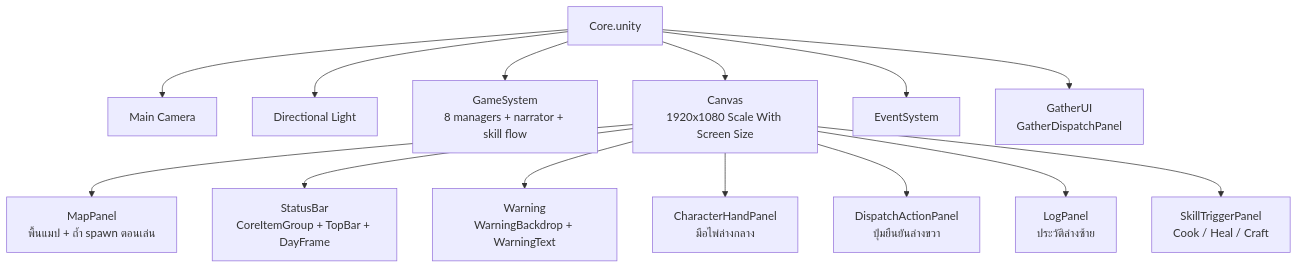
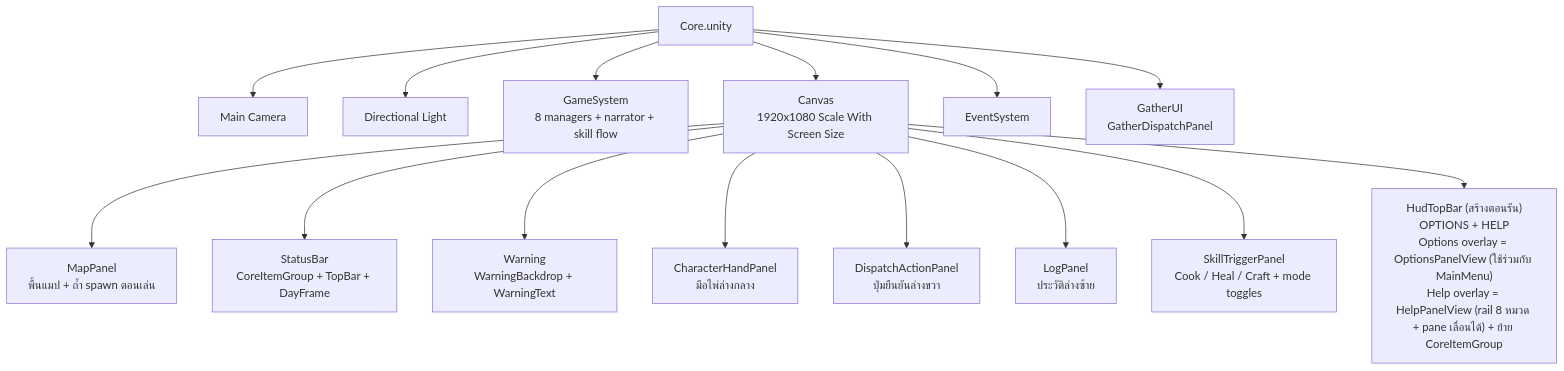
One commit to nopponaim603/clogged changed the diagram in docs/software/06-unity-core-scene-hierarchy.md. Above: the diagram before and after it, drawn with Mermaid. The commit also changed other lines of this file and 141 other files, not shown here.

First line of the commit message:
feat: rebuild the HUD, add the audio system and fix the heal AP bug

````diff
--- a/docs/software/06-unity-core-scene-hierarchy.md
+++ b/docs/software/06-unity-core-scene-hierarchy.md
@@ -20,18 +20,19 @@
 ```mermaid
 flowchart TD
     Scene["Core.unity"]
     Scene --> Cam["Main Camera"]
     Scene --> Light["Directional Light"]
     Scene --> GS["GameSystem<br/>8 managers + narrator + skill flow"]
     Scene --> Canvas["Canvas<br/>1920x1080 Scale With Screen Size"]
     Scene --> ES["EventSystem"]
     Scene --> GUI["GatherUI<br/>GatherDispatchPanel"]
 
     Canvas --> Map["MapPanel<br/>พื้นแมป + ถ้ำ spawn ตอนเล่น"]
     Canvas --> SB["StatusBar<br/>CoreItemGroup + TopBar + DayFrame"]
     Canvas --> WB["Warning<br/>WarningBackdrop + WarningText"]
     Canvas --> Hand["CharacterHandPanel<br/>มือไพ่ล่างกลาง"]
     Canvas --> Act["DispatchActionPanel<br/>ปุ่มยืนยันล่างขวา"]
     Canvas --> Log["LogPanel<br/>ประวัติล่างซ้าย"]
-    Canvas --> Skill["SkillTriggerPanel<br/>Cook / Heal / Craft"]
+    Canvas --> Skill["SkillTriggerPanel<br/>Cook / Heal / Craft + mode toggles"]
+    Canvas --> HTB["HudTopBar (สร้างตอนรัน)<br/>OPTIONS + HELP<br/>Options overlay = OptionsPanelView (ใช้ร่วมกับ MainMenu)<br/>Help overlay = HelpPanelView (rail 8 หมวด + pane เลื่อนได้) + ย้าย CoreItemGroup"]
 ```
````
